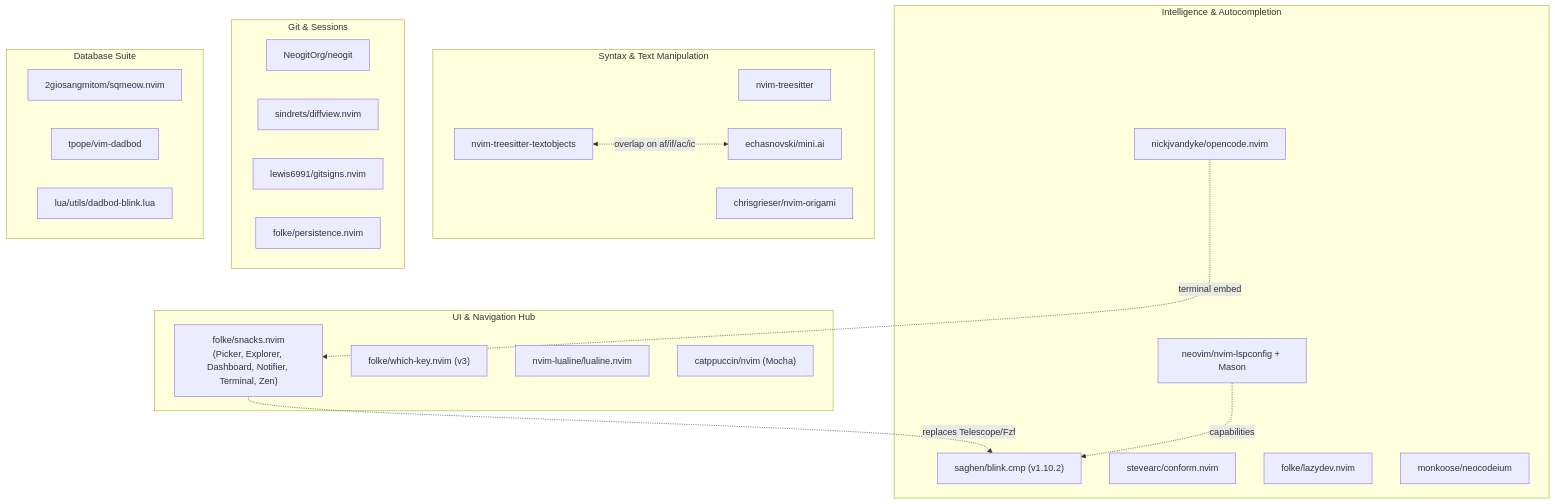
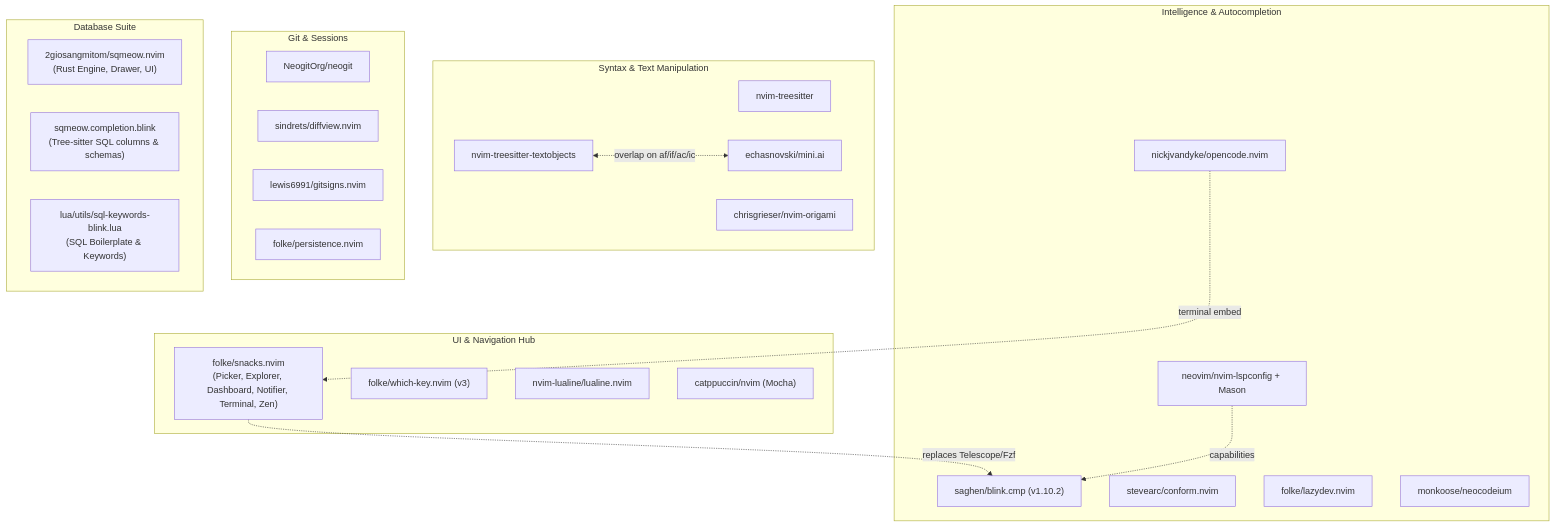
The diagram in agent.md (george-tk/nvim), drawn with Mermaid before and after one commit. The commit also changed other lines of this file and 8 other files, not shown here.

Commit message:
feat(database): adopt native sqmeow blink completion, remove dadbod, and sync PR #64

````diff
--- a/agent.md
+++ b/agent.md
@@ -64,43 +62,43 @@
 ```mermaid
 flowchart TD
     subgraph UI & Navigation Hub
         SNACKS["folke/snacks.nvim<br/>(Picker, Explorer, Dashboard, Notifier, Terminal, Zen)"]
         WK["folke/which-key.nvim (v3)"]
         LUALINE["nvim-lualine/lualine.nvim"]
         CATP["catppuccin/nvim (Mocha)"]
     end
 
     subgraph Intelligence & Autocompletion
         BLINK["saghen/blink.cmp (v1.10.2)"]
         LSP["neovim/nvim-lspconfig + Mason"]
         CONFORM["stevearc/conform.nvim"]
         LAZYDEV["folke/lazydev.nvim"]
         AI_COMPLETION["monkoose/neocodeium"]
         AI_PAIR["nickjvandyke/opencode.nvim"]
     end
 
     subgraph Syntax & Text Manipulation
         TS["nvim-treesitter"]
         TS_OBJ["nvim-treesitter-textobjects"]
         MINI_AI["echasnovski/mini.ai"]
         ORIGAMI["chrisgrieser/nvim-origami"]
     end
 
     subgraph Git & Sessions
         NEOGIT["NeogitOrg/neogit"]
         DIFFVIEW["sindrets/diffview.nvim"]
         GITSIGNS["lewis6991/gitsigns.nvim"]
         PERSIST["folke/persistence.nvim"]
     end
 
     subgraph Database Suite
-        SQMEOW["2giosangmitom/sqmeow.nvim"]
-        DADBOD["tpope/vim-dadbod"]
-        DADBOD_BLINK["lua/utils/dadbod-blink.lua"]
+        SQMEOW["2giosangmitom/sqmeow.nvim<br/>(Rust Engine, Drawer, UI)"]
+        BLINK_SQMEOW["sqmeow.completion.blink<br/>(Tree-sitter SQL columns & schemas)"]
+        SQL_KW["lua/utils/sql-keywords-blink.lua<br/>(SQL Boilerplate & Keywords)"]
     end
 
     SNACKS -.->|replaces Telescope/Fzf| BLINK
     TS_OBJ <-.->|overlap on af/if/ac/ic| MINI_AI
     LSP -.->|capabilities| BLINK
     AI_PAIR -.->|terminal embed| SNACKS
 ```
````
